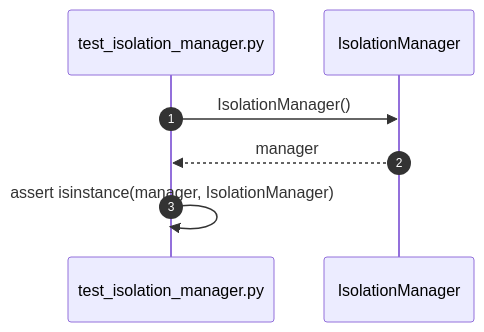
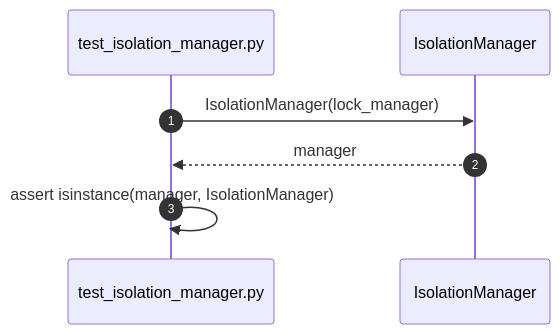
Diagram 15 of 52 in diagrams/sequence/transaction.md (taitran501/DBMS), drawn with Mermaid before and after one commit. The commit also changed other lines of this file and 6 other files, not shown here.

````diff
--- a/diagrams/sequence/transaction.md
+++ b/diagrams/sequence/transaction.md
@@ -231,10 +231,10 @@
 ```mermaid
 sequenceDiagram
     autonumber
     participant Test as test_isolation_manager.py
     participant SUT as IsolationManager
 
-    Test->>SUT: IsolationManager()
+    Test->>SUT: IsolationManager(lock_manager)
     SUT-->>Test: manager
     Test->>Test: assert isinstance(manager, IsolationManager)
 ```
````
